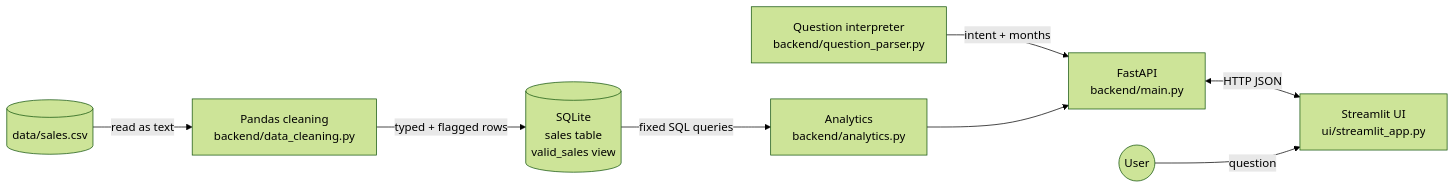
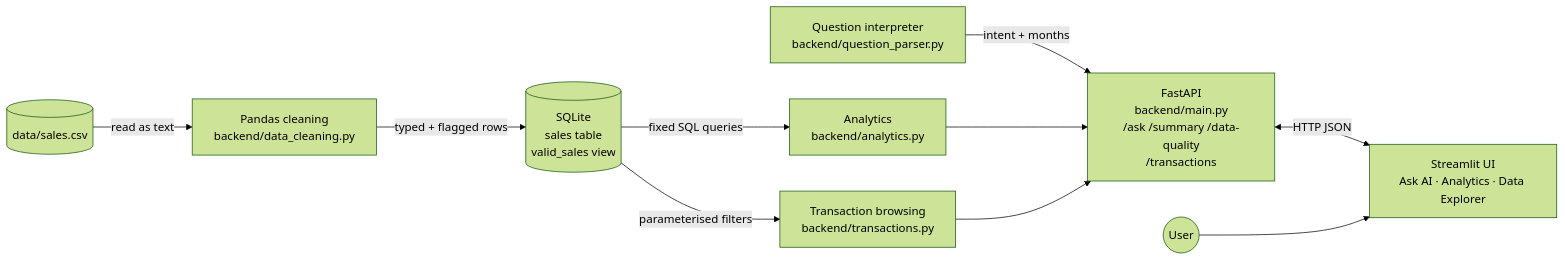
Before and after one commit to Shruthikodari/mini-ai-bi-assistant: the diagram in docs/ARCHITECTURE.md, drawn with Mermaid (forest theme). The commit also changed other lines of this file and 28 other files, not shown here.

````diff
--- a/docs/ARCHITECTURE.md
+++ b/docs/ARCHITECTURE.md
@@ -7,10 +7,12 @@
 ```mermaid
 flowchart LR
     CSV[("data/sales.csv")] -->|read as text| PANDAS["Pandas cleaning<br/>backend/data_cleaning.py"]
     PANDAS -->|typed + flagged rows| DB[("SQLite<br/>sales table<br/>valid_sales view")]
     DB -->|fixed SQL queries| ANALYTICS["Analytics<br/>backend/analytics.py"]
+    DB -->|parameterised filters| TX["Transaction browsing<br/>backend/transactions.py"]
     PARSER["Question interpreter<br/>backend/question_parser.py"] -->|intent + months| API
-    ANALYTICS --> API["FastAPI<br/>backend/main.py"]
-    API <-->|HTTP JSON| UI["Streamlit UI<br/>ui/streamlit_app.py"]
-    USER((User)) -->|question| UI
+    ANALYTICS --> API["FastAPI<br/>backend/main.py<br/>/ask /summary /data-quality<br/>/transactions"]
+    TX --> API
+    API <-->|HTTP JSON| UI["Streamlit UI<br/>Ask AI · Analytics · Data Explorer"]
+    USER((User)) --> UI
 ```
````
